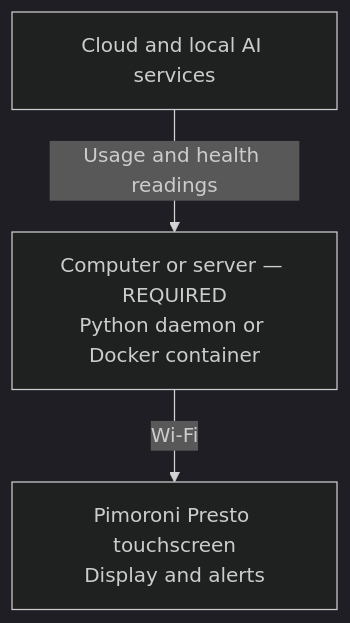
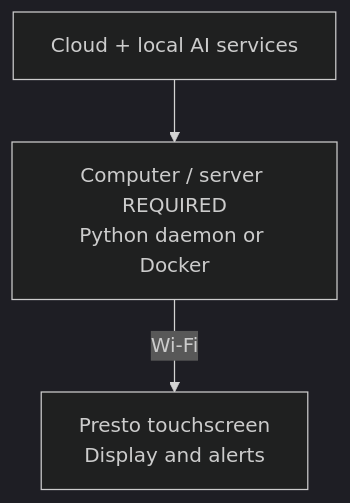
The diagram in README.md (jake1164/presto-ai-dash), drawn with Mermaid (dark theme) before and after one commit.

Commit message:
docs: keep vertical diagram compact and Wi-Fi-only

````diff
--- a/README.md
+++ b/README.md
@@ -26,6 +26,6 @@
 ```mermaid
 flowchart TB
-    S["Cloud and local AI services"] -->|"Usage and health readings"| D
-    D["Computer or server — REQUIRED<br/>Python daemon or Docker container"]
-    D -->|"Wi-Fi"| P["Pimoroni Presto touchscreen<br/>Display and alerts"]
+    S["Cloud + local AI services"] --> D
+    D["Computer / server REQUIRED<br/>Python daemon or Docker"]
+    D -->|"Wi-Fi"| P["Presto touchscreen<br/>Display and alerts"]
 ```
````
